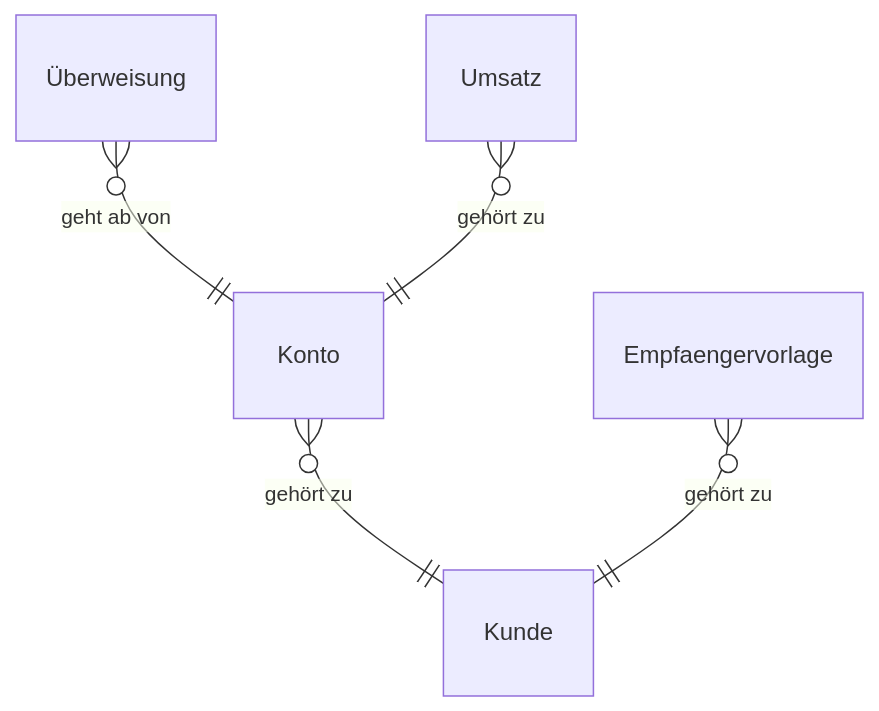
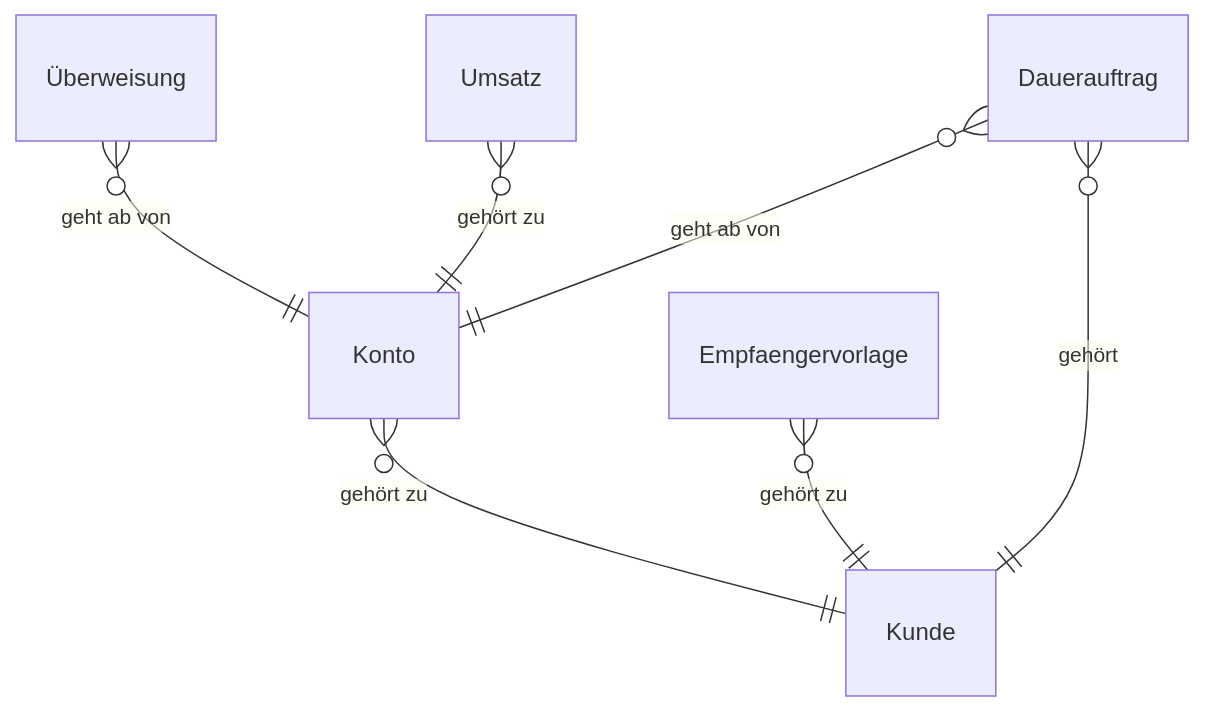
The diagram in docs/entity_model.md (dakn85/online-banking), drawn with Mermaid before and after one commit. The commit also changed other lines of this file and 8 other files, not shown here.

````diff
--- a/docs/entity_model.md
+++ b/docs/entity_model.md
@@ -5,7 +5,9 @@
 ```mermaid
 erDiagram
     Konto }o--|| Kunde : "gehört zu"
     "Überweisung" }o--|| Konto : "geht ab von"
     Umsatz }o--|| Konto : "gehört zu"
     Empfaengervorlage }o--|| Kunde : "gehört zu"
+    Dauerauftrag }o--|| Konto : "geht ab von"
+    Dauerauftrag }o--|| Kunde : "gehört"
 ```
````
